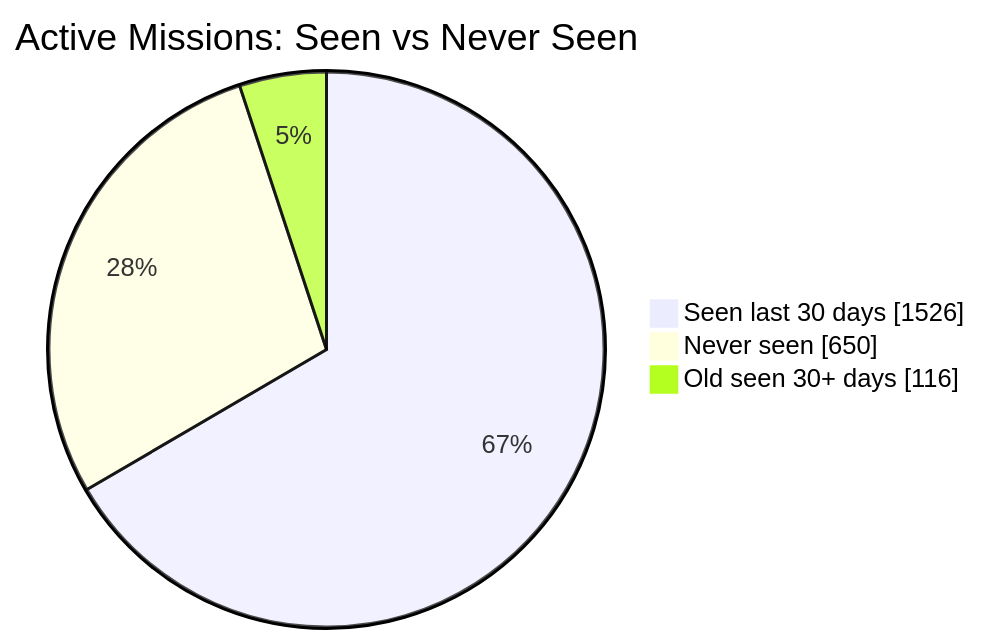
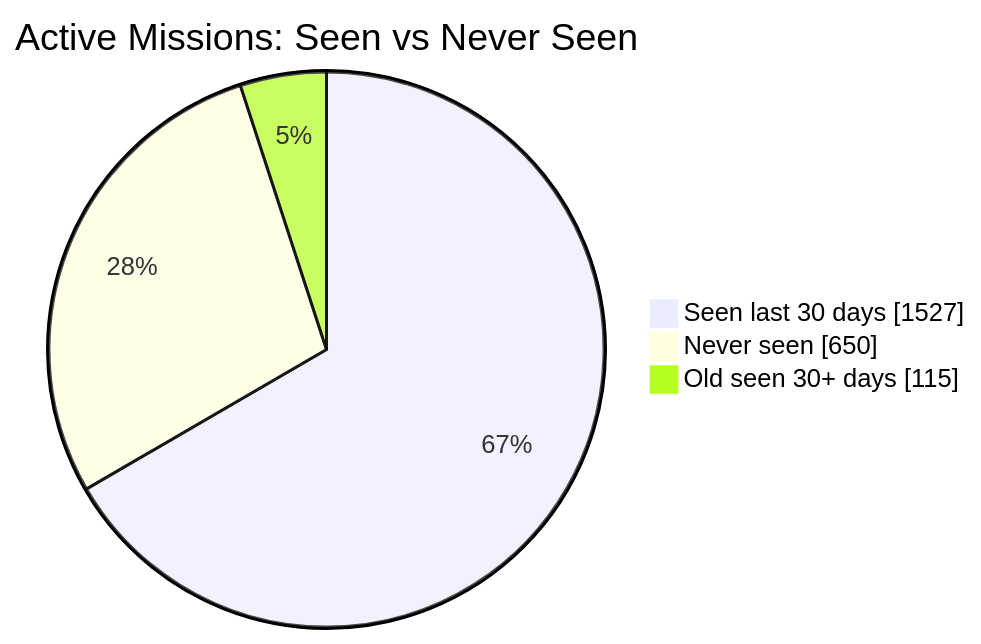
The first of 2 diagrams in README.md (MeldkamerspelGameTeam/active-missions), drawn with Mermaid before and after one commit. The commit also changed other lines of this file and 2 other files, not shown here.

````diff
--- a/README.md
+++ b/README.md
@@ -34,7 +34,7 @@
 ```mermaid
 pie showData
     title Active Missions: Seen vs Never Seen
-    "Seen last 30 days" : 1526
+    "Seen last 30 days" : 1527
     "Never seen" : 650
-    "Old seen 30+ days" : 116
+    "Old seen 30+ days" : 115
 ```
````
